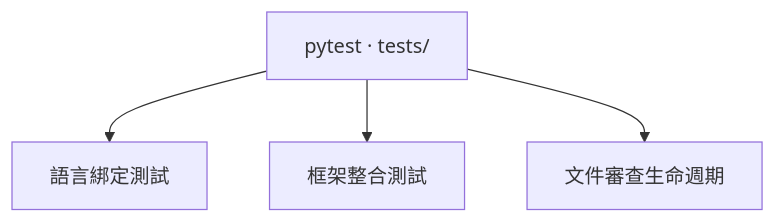
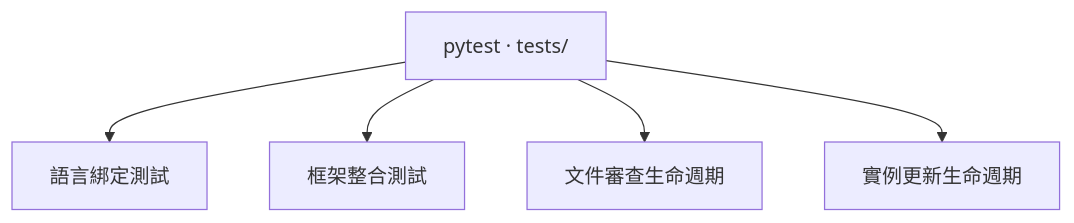
One commit to Lizhou31/codewiki changed the diagram in codewiki/wiki/testing-ch_tw.md. Above: the diagram before and after it, drawn with Mermaid. The commit also changed other lines of this file and 35 other files, not shown here.

````diff
--- a/codewiki/wiki/testing-ch_tw.md
+++ b/codewiki/wiki/testing-ch_tw.md
@@ -23,6 +24,7 @@
 ```mermaid
 flowchart TB
   suite["pytest · tests/"] --> adapters["語言綁定測試"]
   suite --> integration["框架整合測試"]
   suite --> reviews["文件審查生命週期"]
+  suite --> updates["實例更新生命週期"]
 ```
````
